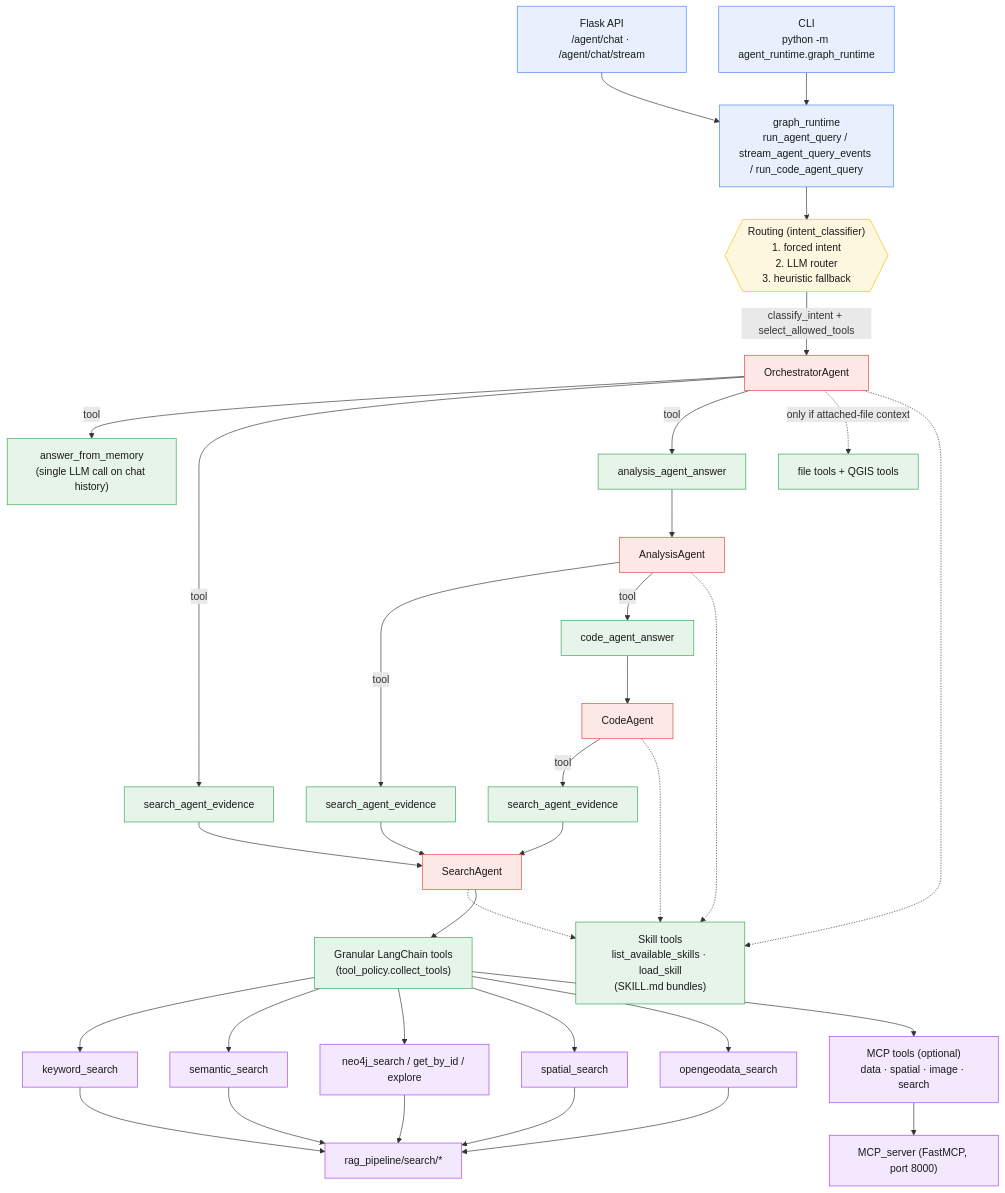
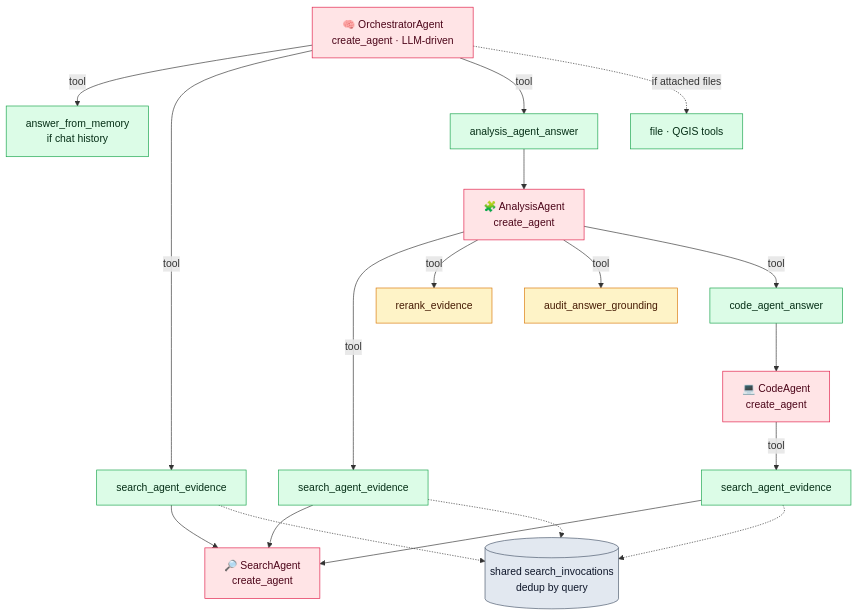
The second of 6 diagrams in agent_runtime/agent_architecture.md (I-GUIDE/I-GUIDE_AI), drawn with Mermaid before and after one commit. The commit also changed other lines of this file and 18 other files, not shown here.

Commit message:
Implement  supervisor-over-peers + rerank for search + audit for analysis

````diff
--- a/agent_runtime/agent_architecture.md
+++ b/agent_runtime/agent_architecture.md
@@ -10,57 +43,31 @@
 ```mermaid
 flowchart TD
-    classDef entry fill:#e8f0fe,stroke:#4285f4,color:#1a1a1a;
-    classDef agent fill:#fce8e6,stroke:#ea4335,color:#1a1a1a;
-    classDef tool fill:#e6f4ea,stroke:#34a853,color:#1a1a1a;
-    classDef route fill:#fef7e0,stroke:#fbbc04,color:#1a1a1a;
-    classDef backend fill:#f3e8fd,stroke:#a142f4,color:#1a1a1a;
+    classDef agent fill:#ffe4e6,stroke:#e11d48,color:#4c0519;
+    classDef tool fill:#dcfce7,stroke:#16a34a,color:#052e16;
+    classDef quality fill:#fef3c7,stroke:#d97706,color:#451a03;
+    classDef store fill:#e2e8f0,stroke:#475569,color:#0f172a;
 
-    %% ---- Entry points ----
-    API["Flask API<br/>/agent/chat · /agent/chat/stream"]:::entry
-    CLI["CLI<br/>python -m agent_runtime.graph_runtime"]:::entry
-    GR["graph_runtime<br/>run_agent_query / stream_agent_query_events / run_code_agent_query"]:::entry
-    API --> GR
-    CLI --> GR
+    ORCH["🧠 OrchestratorAgent<br/>create_agent · LLM-driven"]:::agent
 
-    %% ---- Routing ----
-    GR --> ROUTE{{"Routing (intent_classifier)<br/>1. forced intent<br/>2. LLM router<br/>3. heuristic fallback"}}:::route
-    ROUTE -->|"classify_intent + select_allowed_tools"| ORCH
+    ORCH -->|tool| MEM["answer_from_memory<br/>if chat history"]:::tool
+    ORCH -->|tool| SE1["search_agent_evidence"]:::tool
+    ORCH -->|tool| AA["analysis_agent_answer"]:::tool
+    ORCH -.->|"if attached files"| FT["file · QGIS tools"]:::tool
 
-    %% ---- Orchestrator ----
-    ORCH["OrchestratorAgent"]:::agent
+    SE1 --> SA["🔎 SearchAgent<br/>create_agent"]:::agent
+    AA --> AN["🧩 AnalysisAgent<br/>create_agent"]:::agent
 
-    ORCH -->|tool| MEM["answer_from_memory<br/>(single LLM call on chat history)"]:::tool
-    ORCH -->|tool| SAE1["search_agent_evidence"]:::tool
-    ORCH -->|tool| AAA["analysis_agent_answer"]:::tool
-    ORCH -.->|"only if attached-file context"| FILES["file tools + QGIS tools"]:::tool
+    AN -->|tool| SE2["search_agent_evidence"]:::tool
+    AN -->|tool| RR1["rerank_evidence"]:::quality
+    AN -->|tool| AUD1["audit_answer_grounding"]:::quality
+    AN -->|tool| CA["code_agent_answer"]:::tool
+    SE2 --> SA
+    CA --> CODE["💻 CodeAgent<br/>create_agent"]:::agent
+    CODE -->|tool| SE3["search_agent_evidence"]:::tool
+    SE3 --> SA
 
-    %% ---- Sub-agents ----
-    SAE1 --> SEARCH["SearchAgent"]:::agent
-    AAA --> ANALYSIS["AnalysisAgent"]:::agent
-
-    ANALYSIS -->|tool| SAE2["search_agent_evidence"]:::tool
-    ANALYSIS -->|tool| CAA["code_agent_answer"]:::tool
-    SAE2 --> SEARCH
-    CAA --> CODE["CodeAgent"]:::agent
-    CODE -->|tool| SAE3["search_agent_evidence"]:::tool
-    SAE3 --> SEARCH
-
-    %% ---- Skills (available to every agent) ----
-    SKILLS["Skill tools<br/>list_available_skills · load_skill<br/>(SKILL.md bundles)"]:::tool
-    ORCH -.-> SKILLS
-    ANALYSIS -.-> SKILLS
-    CODE -.-> SKILLS
-    SEARCH -.-> SKILLS
-
-    %% ---- Tool layer / backends ----
-    SEARCH --> TL["Granular LangChain tools<br/>(tool_policy.collect_tools)"]:::tool
-    TL --> KW["keyword_search"]:::backend
-    TL --> SEM["semantic_search"]:::backend
-    TL --> NEO["neo4j_search / get_by_id / explore"]:::backend
-    TL --> SPA["spatial_search"]:::backend
-    TL --> OGD["opengeodata_search"]:::backend
-    TL --> MCP["MCP tools (optional)<br/>data · spatial · image · search"]:::backend
-
-    KW & SEM & NEO & SPA & OGD --> RP["rag_pipeline/search/*"]:::backend
-    MCP --> MCPS["MCP_server (FastMCP, port 8000)"]:::backend
+    DS[("shared search_invocations<br/>dedup by query")]:::store
+    SE1 -.-> DS
+    SE2 -.-> DS
+    SE3 -.-> DS
 ```
````
